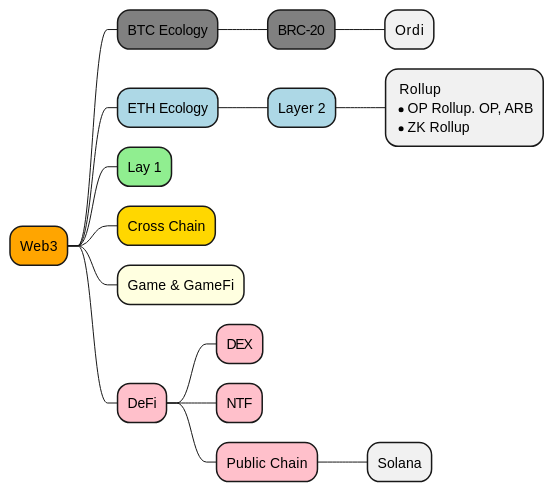
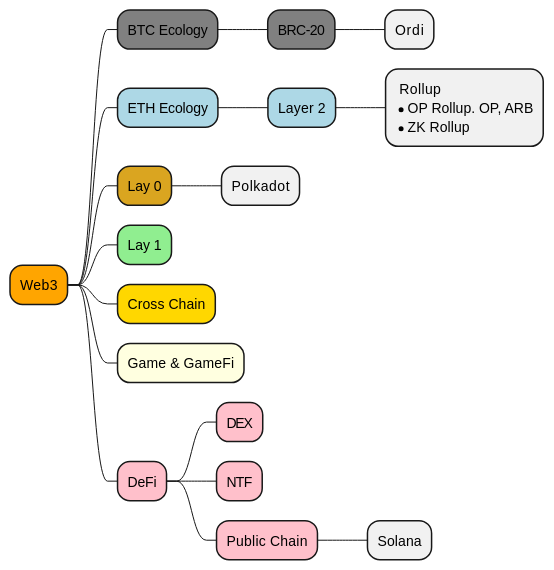
The diagram in README.md (brofu/notes-web3), drawn with PlantUML before and after one commit.

Commit message:
add layer 0 fields

````diff
--- a/README.md
+++ b/README.md
@@ -5,24 +5,25 @@
 ```uml
 @startmindmap
 
 +[#orange] Web3
 ++[#gray] BTC Ecology
 +++[#gray] BRC-20
 **** Ordi
 ++[#lightblue] ETH Ecology
 +++[#lightblue] Layer 2
 ****: Rollup
 * OP Rollup. OP, ARB
 * ZK Rollup;
-
+++[#goldenrod] Lay 0
++++ Polkadot
 ++[#lightgreen] Lay 1
 ++[#gold] Cross Chain
 ++[#lightyellow] Game & GameFi
 ++[#pink] DeFi
 +++[#pink] DEX
 +++[#pink] NTF
 +++[#pink] Public Chain
 **** Solana
 
 @endmindmap
 ```
````
